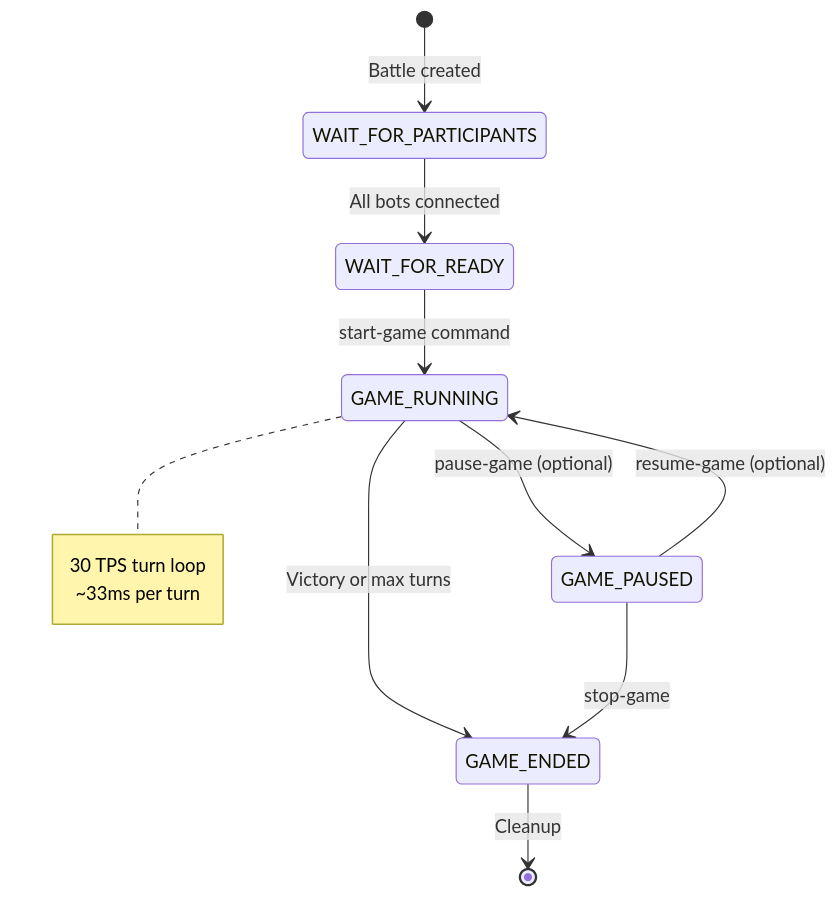
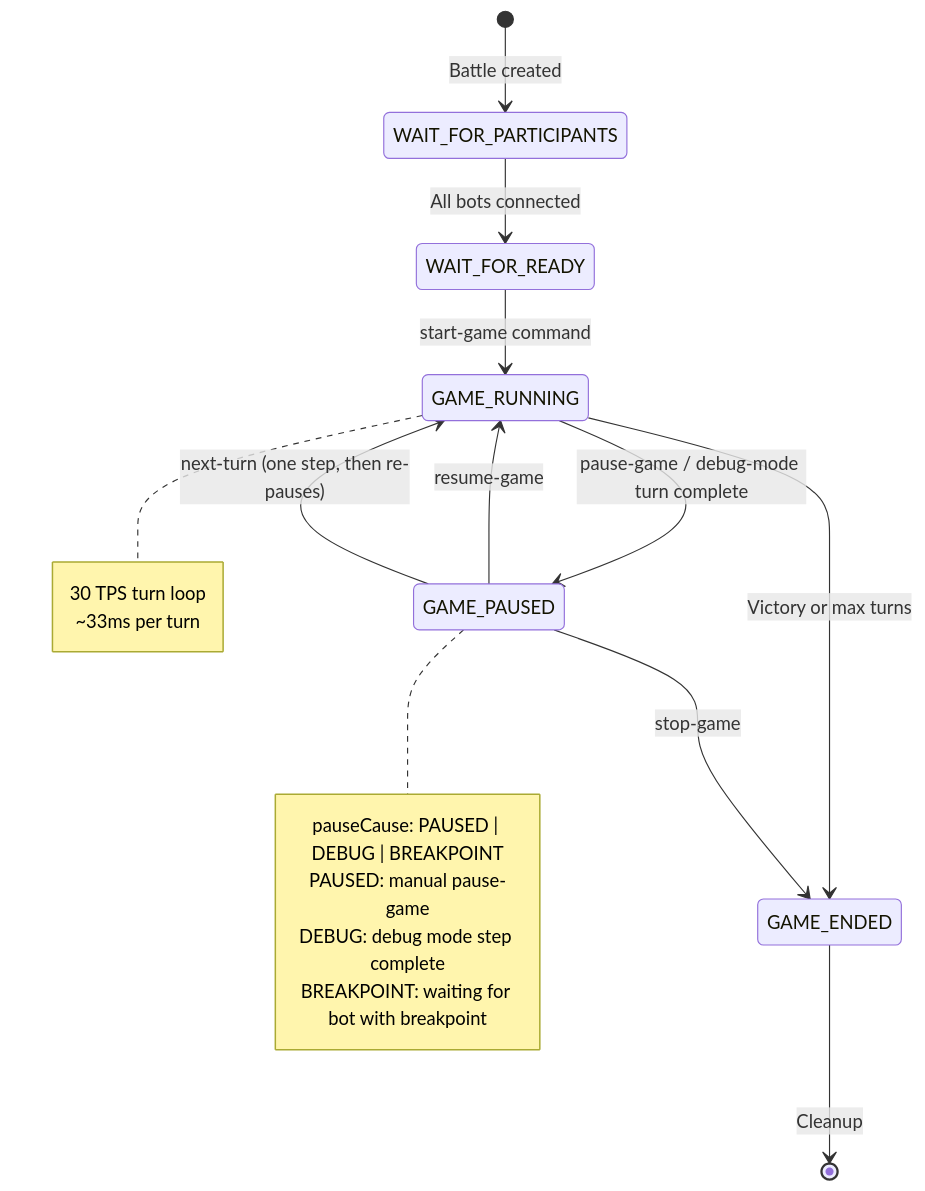
The first of 11 diagrams in docs-internal/architecture/models/flows/battle-lifecycle.md (robocode-dev/tank-royale), drawn with Mermaid before and after one commit. The commit also changed other lines of this file and 5 other files, not shown here.

First line of the commit message:
docs(internal): update sequence diagrams for v0.40.x and issue #202 fixes

````diff
--- a/docs-internal/architecture/models/flows/battle-lifecycle.md
+++ b/docs-internal/architecture/models/flows/battle-lifecycle.md
@@ -9,16 +9,24 @@
 ```mermaid
 stateDiagram-v2
     [*] --> WAIT_FOR_PARTICIPANTS: Battle created
     WAIT_FOR_PARTICIPANTS --> WAIT_FOR_READY: All bots connected
     WAIT_FOR_READY --> GAME_RUNNING: start-game command
-    GAME_RUNNING --> GAME_PAUSED: pause-game (optional)
-    GAME_PAUSED --> GAME_RUNNING: resume-game (optional)
+    GAME_RUNNING --> GAME_PAUSED: pause-game / debug-mode turn complete
+    GAME_PAUSED --> GAME_RUNNING: resume-game
+    GAME_PAUSED --> GAME_RUNNING: next-turn (one step, then re-pauses)
     GAME_RUNNING --> GAME_ENDED: Victory or max turns
     GAME_PAUSED --> GAME_ENDED: stop-game
     GAME_ENDED --> [*]: Cleanup
     
     note right of GAME_RUNNING
         30 TPS turn loop
         ~33ms per turn
     end note
+    
+    note right of GAME_PAUSED
+        pauseCause: PAUSED | DEBUG | BREAKPOINT
+        PAUSED: manual pause-game
+        DEBUG: debug mode step complete
+        BREAKPOINT: waiting for bot with breakpoint
+    end note
 ```
````
